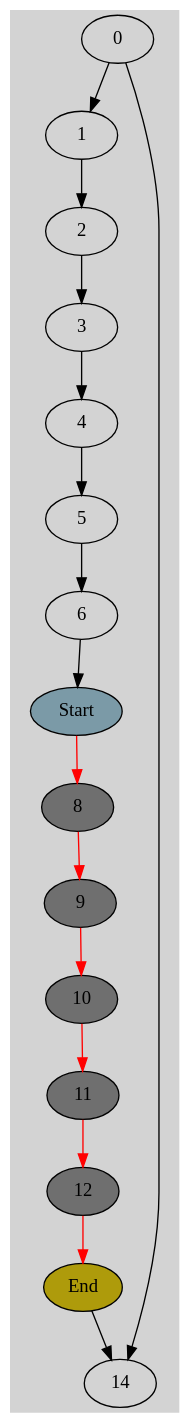
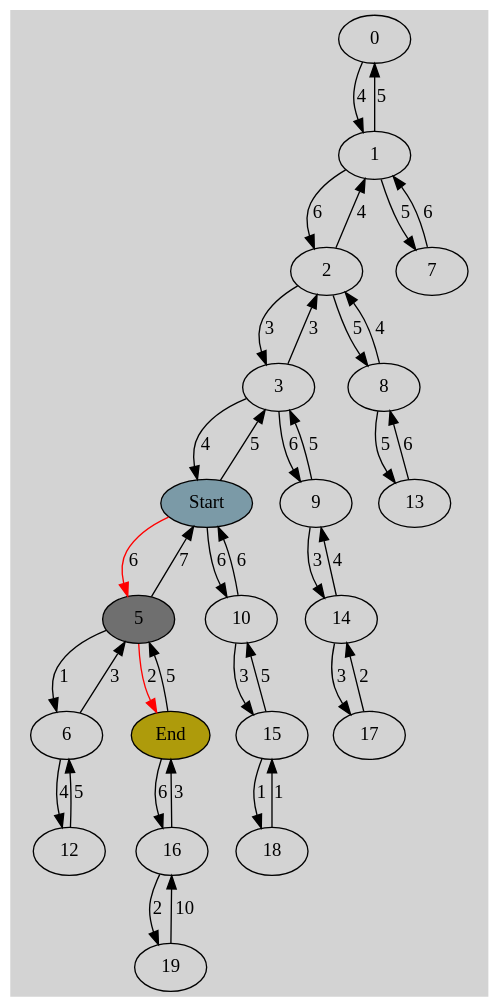
The diagram in src/g.gv (William-Thomas-Andrews/Shortest_Path_Algorithms), drawn with Graphviz before and after one commit. The commit also changed 19 other files, not shown here.

```diff
--- a/src/g.gv
+++ b/src/g.gv
@@ -1,50 +1,119 @@
 digraph G {
 	graph [pad="0.212,0.055" bgcolor=lightgray]
 	node [style=filled]
 	splines=true
-	0 [label="0", pos="0,0!"]
-	1 [label="1", pos="100,-100!"]
-	0 -> 1 [color="black"]
-	1 [label="1", pos="100,-100!"]
-	2 [label="2", pos="200,-200!"]
-	1 -> 2 [color="black"]
-	2 [label="2", pos="200,-200!"]
-	3 [label="3", pos="300,-300!"]
-	2 -> 3 [color="black"]
-	3 [label="3", pos="300,-300!"]
-	4 [label="4", pos="400,-400!"]
-	3 -> 4 [color="black"]
-	4 [label="4", pos="400,-400!"]
-	5 [label="5", pos="500,-500!"]
-	4 -> 5 [color="black"]
-	5 [label="5", pos="500,-500!"]
-	6 [label="6", pos="600,-600!"]
-	5 -> 6 [color="black"]
-	6 [label="6", pos="600,-600!"]
-	7 [label="Start", fillcolor="#7b9aa7ff"pos="700,-700!"]
-	6 -> 7 [color="black"]
-	7 [label="Start", fillcolor="#7b9aa7ff"pos="700,-700!"]
-	8 [label="8", fillcolor="#6f6f6fff"pos="800,-800!"]
-	7 -> 8 [color="red"]
-	8 [label="8", fillcolor="#6f6f6fff"pos="800,-800!"]
-	9 [label="9", fillcolor="#6f6f6fff"pos="900,-900!"]
-	8 -> 9 [color="red"]
-	9 [label="9", fillcolor="#6f6f6fff"pos="900,-900!"]
-	10 [label="10", fillcolor="#6f6f6fff"pos="1000,-1000!"]
-	9 -> 10 [color="red"]
-	10 [label="10", fillcolor="#6f6f6fff"pos="1000,-1000!"]
-	11 [label="11", fillcolor="#6f6f6fff"pos="1100,-1100!"]
-	10 -> 11 [color="red"]
-	11 [label="11", fillcolor="#6f6f6fff"pos="1100,-1100!"]
-	12 [label="12", fillcolor="#6f6f6fff"pos="1200,-1200!"]
-	11 -> 12 [color="red"]
-	12 [label="12", fillcolor="#6f6f6fff"pos="1200,-1200!"]
-	13 [label="End", fillcolor="#ae9b0bff"pos="1300,-1300!"]
-	12 -> 13 [color="red"]
-	13 [label="End", fillcolor="#ae9b0bff"pos="1300,-1300!"]
-	14 [label="14", pos="1400,-1400!"]
-	13 -> 14 [color="black"]
-	0 [label="0", pos="0,0!"]
-	14 [label="14", pos="1400,-1400!"]
-	0 -> 14 [color="black"]
+	0 [label="0", pos="100,200!"]
+	1 [label="1", pos="200,200!"]
+	0 -> 1 [color="black" label="4"]
+	1 [label="1", pos="200,200!"]
+	0 [label="0", pos="100,200!"]
+	1 -> 0 [color="black" label="5"]
+	1 [label="1", pos="200,200!"]
+	2 [label="2", pos="300,200!"]
+	1 -> 2 [color="black" label="6"]
+	2 [label="2", pos="300,200!"]
+	1 [label="1", pos="200,200!"]
+	2 -> 1 [color="black" label="4"]
+	2 [label="2", pos="300,200!"]
+	3 [label="3", pos="400,200!"]
+	2 -> 3 [color="black" label="3"]
+	3 [label="3", pos="400,200!"]
+	2 [label="2", pos="300,200!"]
+	3 -> 2 [color="black" label="3"]
+	3 [label="3", pos="400,200!"]
+	4 [label="Start", fillcolor="#7b9aa7ff"pos="500,200!"]
+	3 -> 4 [color="black" label="4"]
+	4 [label="Start", fillcolor="#7b9aa7ff"pos="500,200!"]
+	3 [label="3", pos="400,200!"]
+	4 -> 3 [color="black" label="5"]
+	4 [label="Start", fillcolor="#7b9aa7ff"pos="500,200!"]
+	5 [label="5", fillcolor="#6f6f6fff"pos="600,200!"]
+	4 -> 5 [color="red" label="6"]
+	5 [label="5", pos="600,200!"]
+	4 [label="Start", fillcolor="#7b9aa7ff"pos="500,200!"]
+	5 -> 4 [color="black" label="7"]
+	5 [label="5", pos="600,200!"]
+	6 [label="6", pos="700,200!"]
+	5 -> 6 [color="black" label="1"]
+	6 [label="6", pos="700,200!"]
+	5 [label="5", pos="600,200!"]
+	6 -> 5 [color="black" label="3"]
+	1 [label="1", pos="200,200!"]
+	7 [label="7", pos="200,300!"]
+	1 -> 7 [color="black" label="5"]
+	7 [label="7", pos="200,300!"]
+	1 [label="1", pos="200,200!"]
+	7 -> 1 [color="black" label="6"]
+	2 [label="2", pos="300,200!"]
+	8 [label="8", pos="300,300!"]
+	2 -> 8 [color="black" label="5"]
+	8 [label="8", pos="300,300!"]
+	2 [label="2", pos="300,200!"]
+	8 -> 2 [color="black" label="4"]
+	3 [label="3", pos="400,200!"]
+	9 [label="9", pos="400,300!"]
+	3 -> 9 [color="black" label="6"]
+	9 [label="9", pos="400,300!"]
+	3 [label="3", pos="400,200!"]
+	9 -> 3 [color="black" label="5"]
+	4 [label="Start", fillcolor="#7b9aa7ff"pos="500,200!"]
+	10 [label="10", pos="500,300!"]
+	4 -> 10 [color="black" label="6"]
+	10 [label="10", pos="500,300!"]
+	4 [label="Start", fillcolor="#7b9aa7ff"pos="500,200!"]
+	10 -> 4 [color="black" label="6"]
+	5 [label="5", fillcolor="#6f6f6fff"pos="600,200!"]
+	11 [label="End", fillcolor="#ae9b0bff"pos="600,300!"]
+	5 -> 11 [color="red" label="2"]
+	11 [label="End", fillcolor="#ae9b0bff"pos="600,300!"]
+	5 [label="5", pos="600,200!"]
+	11 -> 5 [color="black" label="5"]
+	6 [label="6", pos="700,200!"]
+	12 [label="12", pos="700,300!"]
+	6 -> 12 [color="black" label="4"]
+	12 [label="12", pos="700,300!"]
+	6 [label="6", pos="700,200!"]
+	12 -> 6 [color="black" label="5"]
+	8 [label="8", pos="300,300!"]
+	13 [label="13", pos="300,400!"]
+	8 -> 13 [color="black" label="5"]
+	13 [label="13", pos="300,400!"]
+	8 [label="8", pos="300,300!"]
+	13 -> 8 [color="black" label="6"]
+	9 [label="9", pos="400,300!"]
+	14 [label="14", pos="400,400!"]
+	9 -> 14 [color="black" label="3"]
+	14 [label="14", pos="400,400!"]
+	9 [label="9", pos="400,300!"]
+	14 -> 9 [color="black" label="4"]
+	10 [label="10", pos="500,300!"]
+	15 [label="15", pos="500,400!"]
+	10 -> 15 [color="black" label="3"]
+	15 [label="15", pos="500,400!"]
+	10 [label="10", pos="500,300!"]
+	15 -> 10 [color="black" label="5"]
+	11 [label="End", fillcolor="#ae9b0bff"pos="600,300!"]
+	16 [label="16", pos="600,400!"]
+	11 -> 16 [color="black" label="6"]
+	16 [label="16", pos="600,400!"]
+	11 [label="End", fillcolor="#ae9b0bff"pos="600,300!"]
+	16 -> 11 [color="black" label="3"]
+	14 [label="14", pos="400,400!"]
+	17 [label="17", pos="400,500!"]
+	14 -> 17 [color="black" label="3"]
+	17 [label="17", pos="400,500!"]
+	14 [label="14", pos="400,400!"]
+	17 -> 14 [color="black" label="2"]
+	15 [label="15", pos="500,400!"]
+	18 [label="18", pos="500,500!"]
+	15 -> 18 [color="black" label="1"]
+	18 [label="18", pos="500,500!"]
+	15 [label="15", pos="500,400!"]
+	18 -> 15 [color="black" label="1"]
+	16 [label="16", pos="600,400!"]
+	19 [label="19", pos="600,500!"]
+	16 -> 19 [color="black" label="2"]
+	19 [label="19", pos="600,500!"]
+	16 [label="16", pos="600,400!"]
+	19 -> 16 [color="black" label="10"]
 }
```
